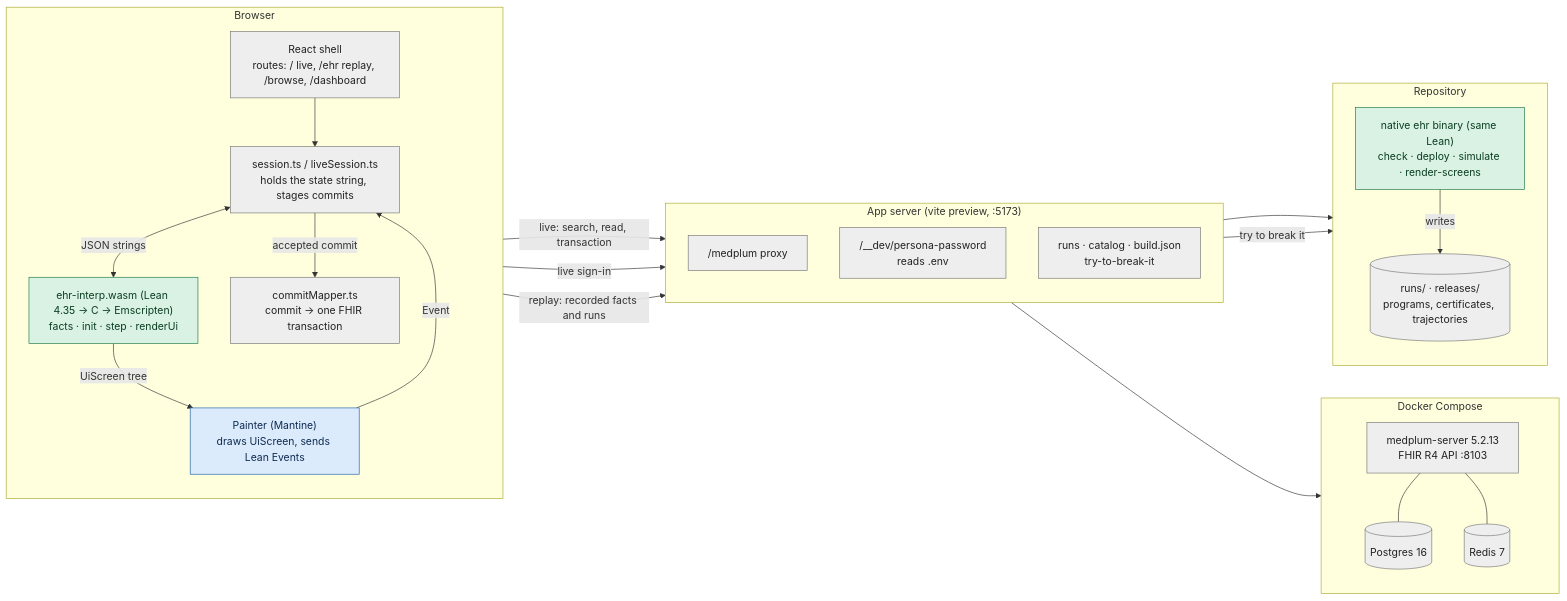
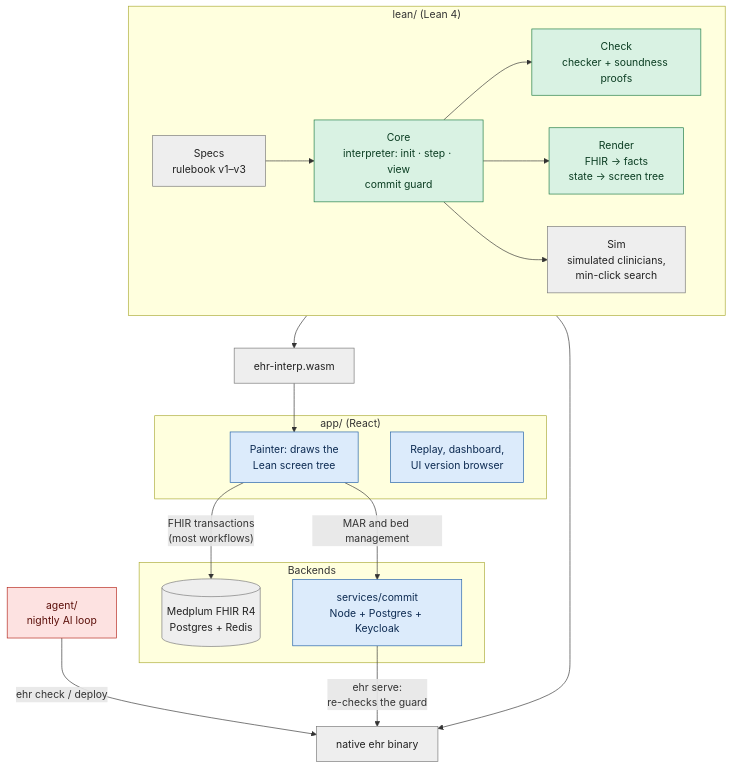
Before and after one commit to saithat/VGI-Health: the second of 3 diagrams in README.md, drawn with Mermaid. The commit also changed other lines of this file and 114 other files, not shown here.

````diff
--- a/README.md
+++ b/README.md
@@ -473,48 +58,41 @@
 ```mermaid
-flowchart LR
-  subgraph BROWSER["Browser"]
-    direction TB
-    SHELL["React shell<br/>routes: / live, /ehr replay, /browse, /dashboard"]:::trusted
-    SESSION["session.ts / liveSession.ts<br/>holds the state string, stages commits"]:::trusted
-    WASM["ehr-interp.wasm (Lean 4.35 → C → Emscripten)<br/>facts · init · step · renderUi"]:::proved
-    PAINTER["Painter (Mantine)<br/>draws UiScreen, sends Lean Events"]:::checked
-    MAPPER["commitMapper.ts<br/>commit → one FHIR transaction"]:::trusted
-    SHELL --> SESSION
-    SESSION <-->|"JSON strings"| WASM
-    WASM -->|"UiScreen tree"| PAINTER
-    PAINTER -->|"Event"| SESSION
-    SESSION -->|"accepted commit"| MAPPER
-  end
-
-  subgraph VITE["App server (vite preview, :5173)"]
-    direction TB
-    PROXY["/medplum proxy"]:::trusted
-    LOGIN["/__dev/persona-password<br/>reads .env"]:::trusted
-    PLUGINS["runs · catalog · build.json<br/>try-to-break-it"]:::trusted
-  end
-
-  subgraph DOCKER["Docker Compose"]
-    direction TB
-    MEDPLUM["medplum-server 5.2.13<br/>FHIR R4 API :8103"]:::trusted
-    PG[("Postgres 16")]:::trusted
-    REDIS[("Redis 7")]:::trusted
-    MEDPLUM --- PG
-    MEDPLUM --- REDIS
-  end
-
-  subgraph DISK["Repository"]
-    direction TB
-    RUNS[("runs/ · releases/<br/>programs, certificates, trajectories")]:::trusted
-    CLI["native ehr binary (same Lean)<br/>check · deploy · simulate · render-screens"]:::proved
-    CLI -->|"writes"| RUNS
-  end
-
-  SESSION -->|"live: search, read, transaction"| PROXY --> MEDPLUM
-  SHELL -->|"live sign-in"| LOGIN
-  SHELL -->|"replay: recorded facts and runs"| PLUGINS --> RUNS
-  PLUGINS -->|"try to break it"| CLI
-
+flowchart TB
   classDef proved fill:#d9f2e3,stroke:#1b7a43,color:#0b3d22
   classDef checked fill:#dcebfb,stroke:#1f5fa8,color:#0d2b52
   classDef trusted fill:#eeeeee,stroke:#777,color:#222
+  classDef untrusted fill:#fde2e1,stroke:#b42318,color:#5c100b
+
+  subgraph LEAN["lean/ (Lean 4)"]
+    direction LR
+    SPECS["Specs<br/>rulebook v1–v3"]:::trusted
+    CORE["Core<br/>interpreter: init · step · view<br/>commit guard"]:::proved
+    CHECK["Check<br/>checker + soundness proofs"]:::proved
+    RENDER["Render<br/>FHIR → facts<br/>state → screen tree"]:::proved
+    SIM["Sim<br/>simulated clinicians,<br/>min-click search"]:::trusted
+    SPECS --> CORE --> CHECK
+    CORE --> RENDER
+    CORE --> SIM
+  end
+
+  NATIVE["native ehr binary"]:::trusted
+  WASM["ehr-interp.wasm"]:::trusted
+  LEAN --> NATIVE
+  LEAN --> WASM
+
+  subgraph BROWSER["app/ (React)"]
+    PAINTER["Painter: draws the<br/>Lean screen tree"]:::checked
+    DASH["Replay, dashboard,<br/>UI version browser"]:::checked
+  end
+  WASM --> PAINTER
+
+  AGENT["agent/<br/>nightly AI loop"]:::untrusted
+  AGENT -->|"ehr check / deploy"| NATIVE
+
+  subgraph BACKEND["Backends"]
+    MEDPLUM[("Medplum FHIR R4<br/>Postgres + Redis")]:::trusted
+    COMMIT["services/commit<br/>Node + Postgres + Keycloak"]:::checked
+  end
+  PAINTER -->|"FHIR transactions<br/>(most workflows)"| MEDPLUM
+  PAINTER -->|"MAR and bed management"| COMMIT
+  COMMIT -->|"ehr serve:<br/>re-checks the guard"| NATIVE
 ```
````
